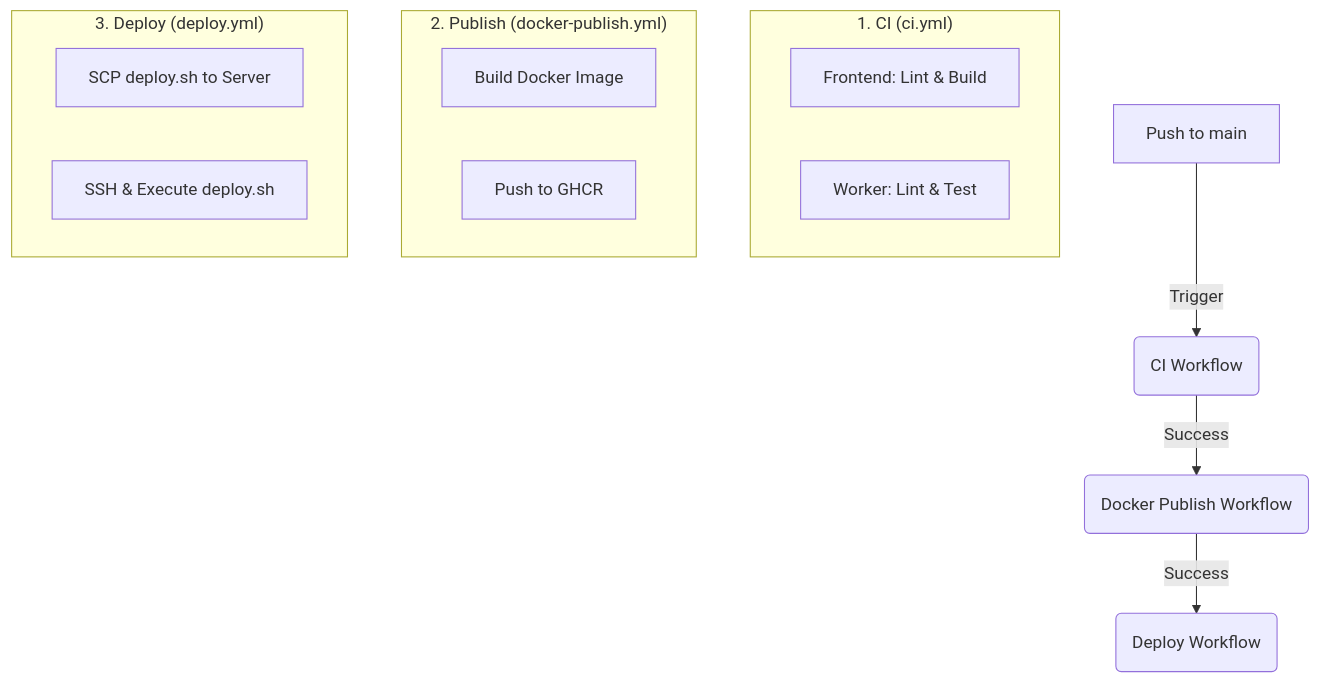
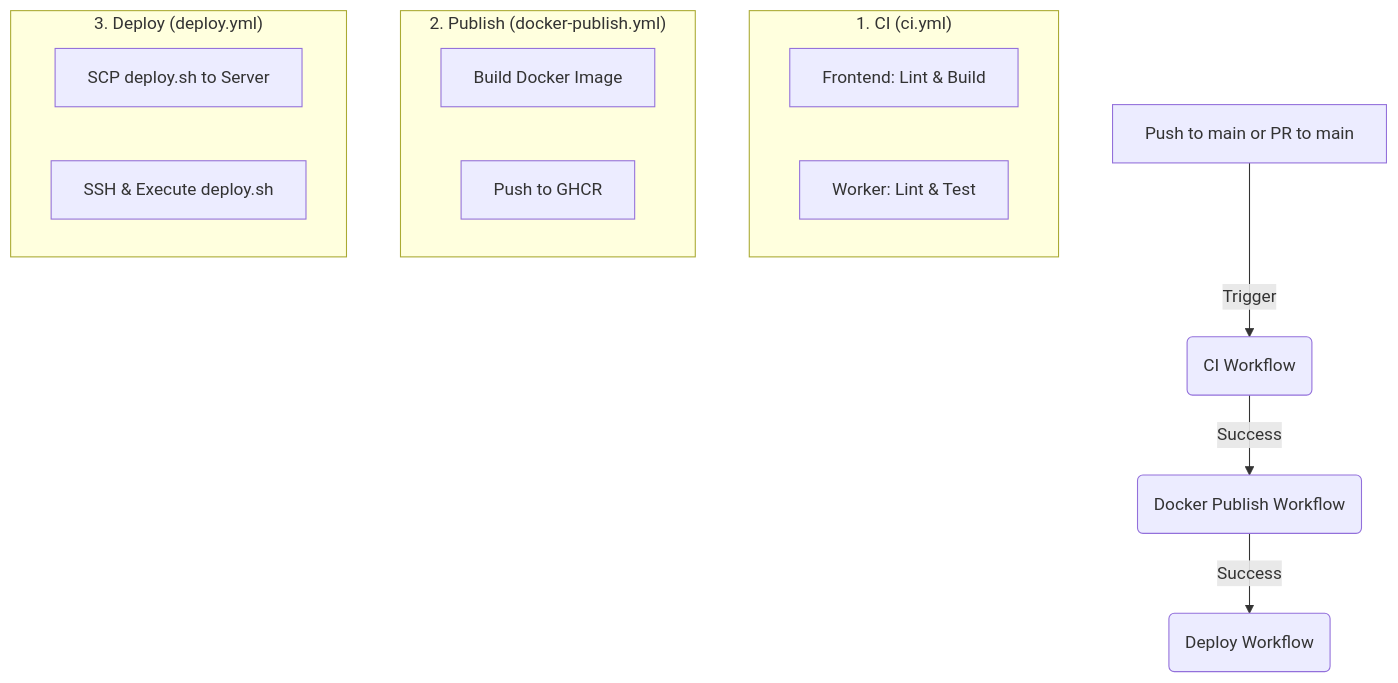
One commit to spencer9714/airahost changed the diagram in CI_CD_Workflow.md. Above: the diagram before and after it, drawn with Mermaid. The commit also changed other lines of this file, not shown here.

Commit message:
correct the description in CI_CD_Workflow.md

````diff
--- a/CI_CD_Workflow.md
+++ b/CI_CD_Workflow.md
@@ -9,21 +9,21 @@
 ```mermaid
 graph TD
-    A[Push to main] -->|Trigger| B(CI Workflow)
+    A[Push to main or PR to main] -->|Trigger| B(CI Workflow)
     B -->|Success| C(Docker Publish Workflow)
     C -->|Success| D(Deploy Workflow)
 
     subgraph "1. CI (ci.yml)"
     B1[Frontend: Lint & Build]
     B2[Worker: Lint & Test]
     end
 
     subgraph "2. Publish (docker-publish.yml)"
     C1[Build Docker Image]
     C2[Push to GHCR]
     end
 
     subgraph "3. Deploy (deploy.yml)"
     D1[SCP deploy.sh to Server]
     D2[SSH & Execute deploy.sh]
     end
 ```
````
